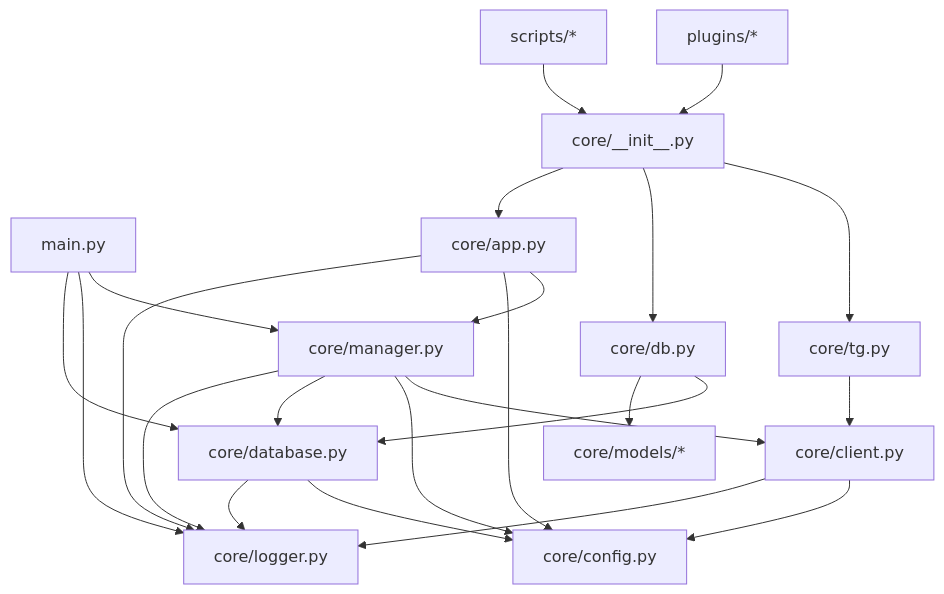
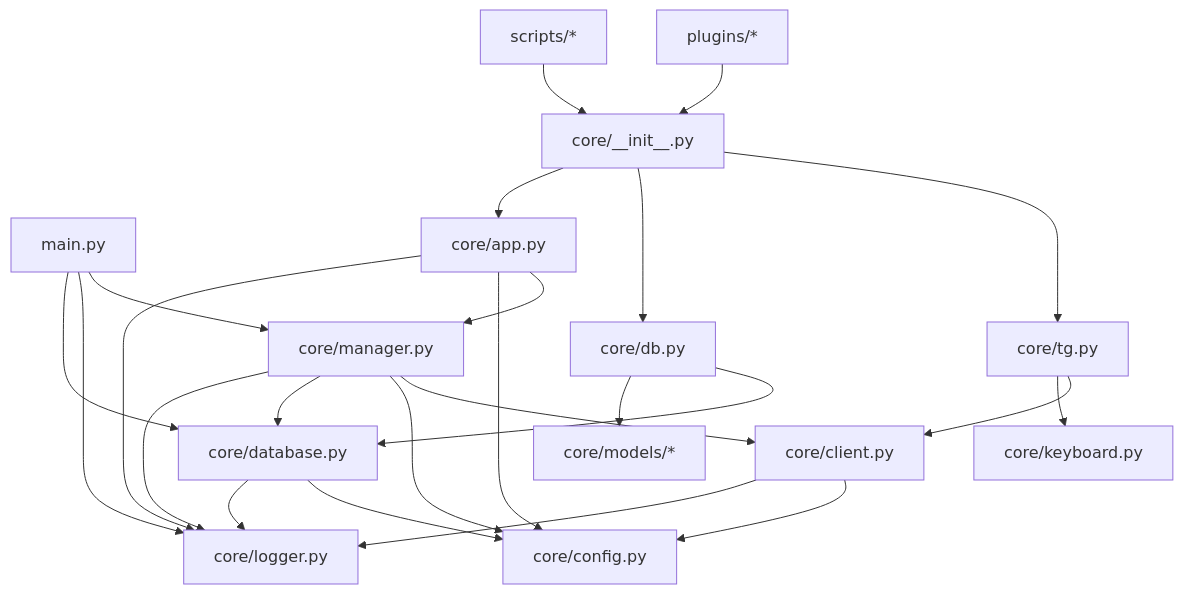
The diagram in ARCHITECTURE.md (yyned2501/tgbot-n), drawn with Mermaid before and after one commit. The commit also changed other lines of this file and 6 other files, not shown here.

````diff
--- a/ARCHITECTURE.md
+++ b/ARCHITECTURE.md
@@ -46,31 +48,32 @@
 ```mermaid
 graph TD
     Main[main.py] --> Manager[core/manager.py]
     Main --> Logger[core/logger.py]
     Main --> Database[core/database.py]
     
     Manager --> Client[core/client.py]
     Manager --> Config[core/config.py]
     Manager --> Database
     Manager --> Logger
     
     Database --> Config
     Database --> Logger
     
     Client --> Config
     Client --> Logger
     
     Plugins[plugins/*] --> CoreInit[core/__init__.py]
     CoreInit --> TG[core/tg.py]
     CoreInit --> DB[core/db.py]
     CoreInit --> APP[core/app.py]
     
     TG --> Client[core/client.py]
+    TG --> Keyboard[core/keyboard.py]
     DB --> Database[core/database.py]
     DB --> Models[core/models/*]
     APP --> Manager[core/manager.py]
     APP --> Config[core/config.py]
     APP --> Logger[core/logger.py]
     
     Scripts[scripts/*] --> CoreInit
 ```
````
